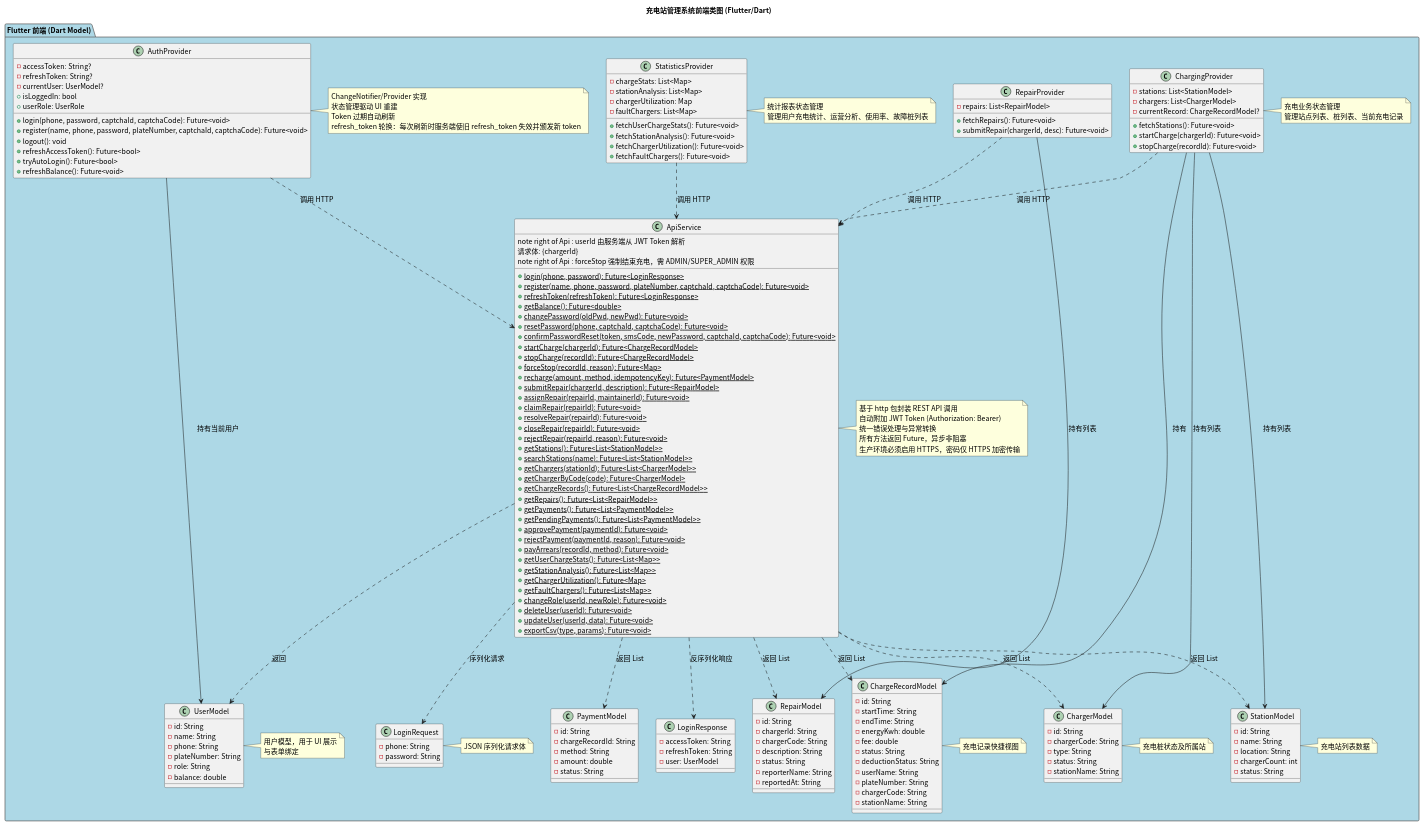
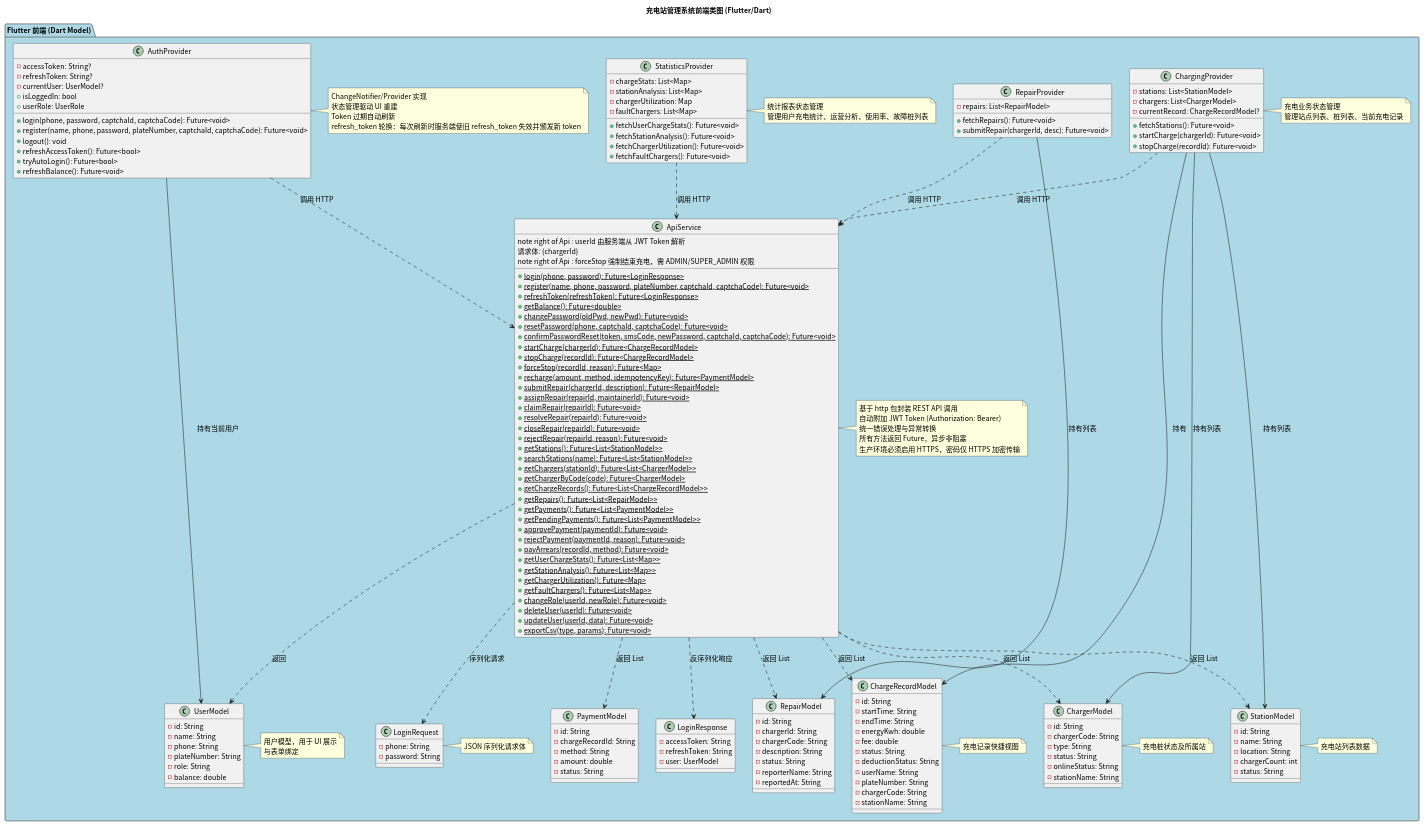
Before and after one commit to greenhandzdl/charging-station-doc: the diagram in class/src/frontend_class_diagram.puml, drawn with PlantUML. The commit also changed 13 other files, not shown here.

First line of the commit message:
docs: 第36轮 — 文档-代码对齐(过期凭据/未实现标记/类图字段)

```diff
--- a/class/src/frontend_class_diagram.puml
+++ b/class/src/frontend_class_diagram.puml
@@ -1,191 +1,192 @@
 @startuml
 skinparam defaultFontName "Noto Sans CJK SC"
 skinparam defaultFontSize 14
 title 充电站管理系统前端类图 (Flutter/Dart)
 skinparam package {
   BackgroundColor #F0F0F0
   BorderColor #666666
 }
 
 package "Flutter 前端 (Dart Model)" as FE #ADD8E6 {
 
   class "UserModel" as FUser {
     - id: String
     - name: String
     - phone: String
     - plateNumber: String
     - role: String
     - balance: double
   }
   note right of FUser : 用户模型，用于 UI 展示\n与表单绑定
 
   class "StationModel" as FStation {
     - id: String
     - name: String
     - location: String
     - chargerCount: int
     - status: String
   }
   note right of FStation : 充电站列表数据
 
   class "ChargerModel" as FCharger {
     - id: String
     - chargerCode: String
     - type: String
     - status: String
+    - onlineStatus: String
     - stationName: String
   }
   note right of FCharger : 充电桩状态及所属站
 
   class "ChargeRecordModel" as FCRecord {
     - id: String
     - startTime: String
     - endTime: String
     - energyKwh: double
     - fee: double
     - status: String
     - deductionStatus: String
     - userName: String
     - plateNumber: String
     - chargerCode: String
     - stationName: String
   }
   note right of FCRecord : 充电记录快捷视图
 
   class "PaymentModel" as FPayment {
     - id: String
     - chargeRecordId: String
     - method: String
     - amount: double
     - status: String
   }
 
   class "RepairModel" as FRepair {
     - id: String
     - chargerId: String
     - chargerCode: String
     - description: String
     - status: String
     - reporterName: String
     - reportedAt: String
   }
 
   class "LoginRequest" as LoginReq {
     - phone: String
     - password: String
   }
   note right of LoginReq : JSON 序列化请求体
 
   class "LoginResponse" as LoginResp {
     - accessToken: String
     - refreshToken: String
     - user: UserModel
   }
 
   class "ApiService" as Api {
     + {static} login(phone, password): Future<LoginResponse>
     + {static} register(name, phone, password, plateNumber, captchaId, captchaCode): Future<void>
     + {static} refreshToken(refreshToken): Future<LoginResponse>
     + {static} getBalance(): Future<double>
     + {static} changePassword(oldPwd, newPwd): Future<void>
     + {static} resetPassword(phone, captchaId, captchaCode): Future<void>
     + {static} confirmPasswordReset(token, smsCode, newPassword, captchaId, captchaCode): Future<void>
     + {static} startCharge(chargerId): Future<ChargeRecordModel>
     note right of Api : userId 由服务端从 JWT Token 解析\n请求体: {chargerId}
     + {static} stopCharge(recordId): Future<ChargeRecordModel>
     + {static} forceStop(recordId, reason): Future<Map>
     note right of Api : forceStop 强制结束充电，需 ADMIN/SUPER_ADMIN 权限
     + {static} recharge(amount, method, idempotencyKey): Future<PaymentModel>
     + {static} submitRepair(chargerId, description): Future<RepairModel>
     + {static} assignRepair(repairId, maintainerId): Future<void>
     + {static} claimRepair(repairId): Future<void>
     + {static} resolveRepair(repairId): Future<void>
     + {static} closeRepair(repairId): Future<void>
     + {static} rejectRepair(repairId, reason): Future<void>
     + {static} getStations(): Future<List<StationModel>>
     + {static} searchStations(name): Future<List<StationModel>>
     + {static} getChargers(stationId): Future<List<ChargerModel>>
     + {static} getChargerByCode(code): Future<ChargerModel>
     + {static} getChargeRecords(): Future<List<ChargeRecordModel>>
     + {static} getRepairs(): Future<List<RepairModel>>
     + {static} getPayments(): Future<List<PaymentModel>>
     + {static} getPendingPayments(): Future<List<PaymentModel>>
     + {static} approvePayment(paymentId): Future<void>
     + {static} rejectPayment(paymentId, reason): Future<void>
     + {static} payArrears(recordId, method): Future<void>
     + {static} getUserChargeStats(): Future<List<Map>>
     + {static} getStationAnalysis(): Future<List<Map>>
     + {static} getChargerUtilization(): Future<Map>
     + {static} getFaultChargers(): Future<List<Map>>
     + {static} changeRole(userId, newRole): Future<void>
     + {static} deleteUser(userId): Future<void>
     + {static} updateUser(userId, data): Future<void>
     + {static} exportCsv(type, params): Future<void>
   }
   note right of Api : 基于 http 包封装 REST API 调用\n自动附加 JWT Token (Authorization: Bearer)\n统一错误处理与异常转换\n所有方法返回 Future，异步非阻塞\n生产环境必须启用 HTTPS，密码仅 HTTPS 加密传输
 
   class "AuthProvider" as Auth {
     - accessToken: String?
     - refreshToken: String?
     - currentUser: UserModel?
     + login(phone, password, captchaId, captchaCode): Future<void>
     + register(name, phone, password, plateNumber, captchaId, captchaCode): Future<void>
     + logout(): void
     + refreshAccessToken(): Future<bool>
     + tryAutoLogin(): Future<bool>
     + refreshBalance(): Future<void>
     + isLoggedIn: bool
     + userRole: UserRole
   }
   note right of Auth : ChangeNotifier/Provider 实现\n状态管理驱动 UI 重建\nToken 过期自动刷新\nrefresh_token 轮换：每次刷新时服务端使旧 refresh_token 失效并颁发新 token
 
   class "ChargingProvider" as CP {
     - stations: List<StationModel>
     - chargers: List<ChargerModel>
     - currentRecord: ChargeRecordModel?
     + fetchStations(): Future<void>
     + startCharge(chargerId): Future<void>
     + stopCharge(recordId): Future<void>
   }
   note right of CP : 充电业务状态管理\n管理站点列表、桩列表、当前充电记录
 
   class "RepairProvider" as RP {
     - repairs: List<RepairModel>
     + fetchRepairs(): Future<void>
     + submitRepair(chargerId, desc): Future<void>
   }
 
   class "StatisticsProvider" as StatsP {
     - chargeStats: List<Map>
     - stationAnalysis: List<Map>
     - chargerUtilization: Map
     - faultChargers: List<Map>
     + fetchUserChargeStats(): Future<void>
     + fetchStationAnalysis(): Future<void>
     + fetchChargerUtilization(): Future<void>
     + fetchFaultChargers(): Future<void>
   }
   note right of StatsP : 统计报表状态管理\n管理用户充电统计、运营分析、使用率、故障桩列表
 }
 
 ' ===== 关联关系 =====
 Api ..> LoginReq : 序列化请求
 Api ..> LoginResp : 反序列化响应
 Api ..> FStation : 返回 List
 Api ..> FCharger : 返回 List
 Api ..> FUser : 返回
 Api ..> FCRecord : 返回 List
 Api ..> FPayment : 返回 List
 Api ..> FRepair : 返回 List
 
 Auth --> FUser : 持有当前用户
 Auth ..> Api : 调用 HTTP
 CP ..> Api : 调用 HTTP
 CP --> FStation : 持有列表
 CP --> FCharger : 持有列表
 CP --> FCRecord : 持有
 RP ..> Api : 调用 HTTP
 RP --> FRepair : 持有列表
 StatsP ..> Api : 调用 HTTP
 
 @enduml
```
